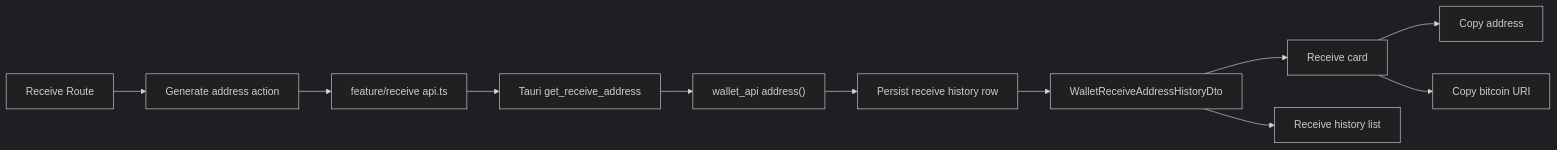
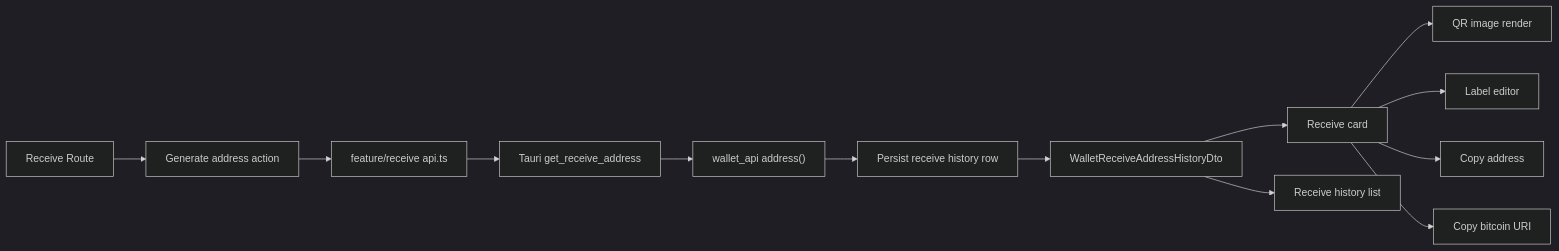
The second of 2 diagrams in apps/wallet_desktop/docs/overview.md (aeygenson/rust-descriptor-wallet), drawn with Mermaid (dark theme) before and after one commit. The commit also changed other lines of this file and 28 other files, not shown here.

````diff
--- a/apps/wallet_desktop/docs/overview.md
+++ b/apps/wallet_desktop/docs/overview.md
@@ -75,13 +76,15 @@
 ```mermaid
 flowchart LR
     A["Receive Route"] --> B["Generate address action"]
     B --> C["feature/receive api.ts"]
     C --> D["Tauri get_receive_address"]
     D --> E["wallet_api address()"]
     E --> F["Persist receive history row"]
     F --> G["WalletReceiveAddressHistoryDto"]
     G --> H["Receive card"]
     G --> I["Receive history list"]
-    H --> J["Copy address"]
-    H --> K["Copy bitcoin URI"]
+    H --> J["QR image render"]
+    H --> K["Label editor"]
+    H --> L["Copy address"]
+    H --> M["Copy bitcoin URI"]
 ```
````
